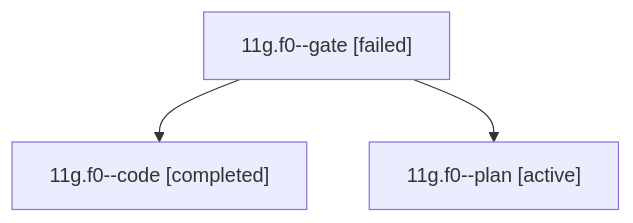
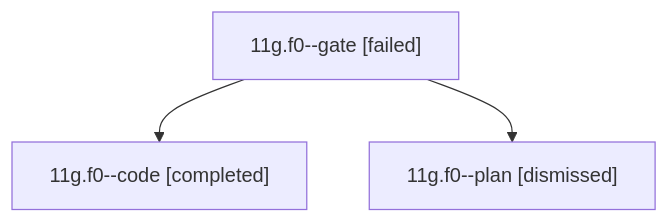
One commit to bobs-org/bob-cli--agents changed the diagram in sessions/bbugyi200.athena.11g.f0.md. Above: the diagram before and after it, drawn with Mermaid. The commit also changed other lines of this file and 9 other files, not shown here.

````diff
--- a/sessions/bbugyi200.athena.11g.f0.md
+++ b/sessions/bbugyi200.athena.11g.f0.md
@@ -9,8 +9,8 @@
 ```mermaid
 flowchart TD
   n0["11g.f0--gate [failed]"]
   n1["11g.f0--code [completed]"]
   n0 --> n1
-  n2["11g.f0--plan [active]"]
+  n2["11g.f0--plan [dismissed]"]
   n0 --> n2
 ```
````
